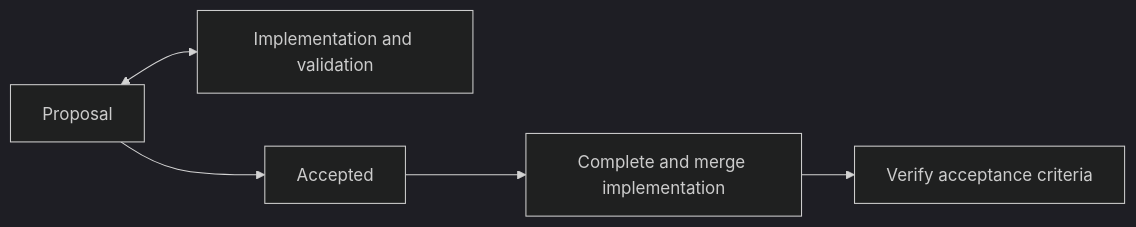
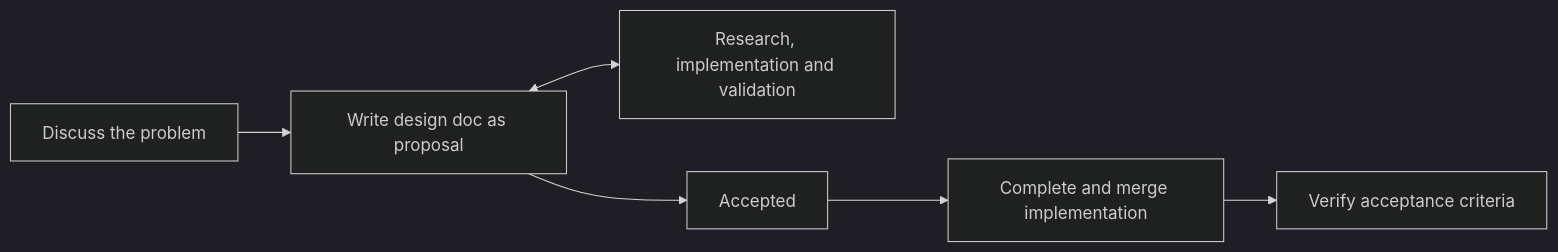
One commit to h-a-n-a/cache changed the diagram in README.md. Above: the diagram before and after it, drawn with Mermaid (dark theme). The commit also changed other lines of this file, not shown here.

Commit message:
docs: make writing the design doc an explicit step

````diff
--- a/README.md
+++ b/README.md
@@ -75,7 +77,8 @@
 ```mermaid
 flowchart LR
-    P[Proposal] <--> V[Implementation and validation]
+    D[Discuss the problem] --> P[Write design doc as proposal]
+    P <--> V[Research, implementation and validation]
     P --> A[Accepted]
     A --> M[Complete and merge implementation]
     M --> C[Verify acceptance criteria]
 ```
````
